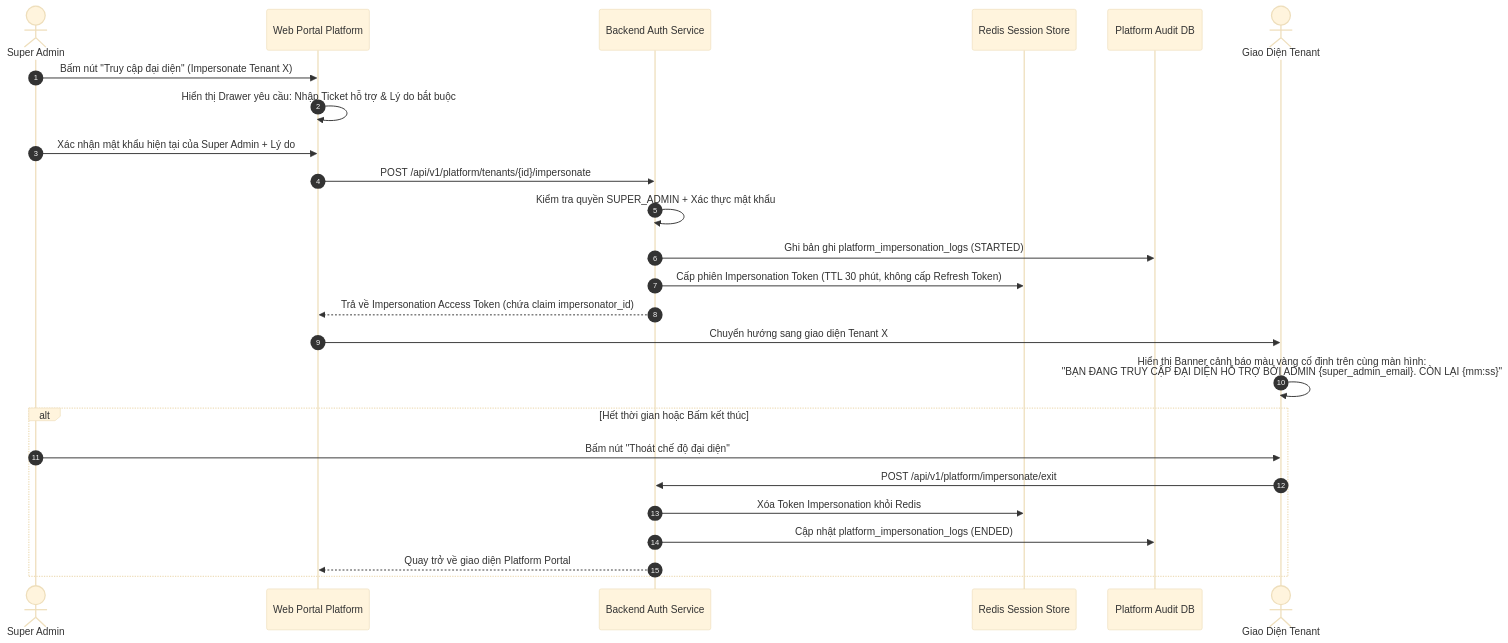
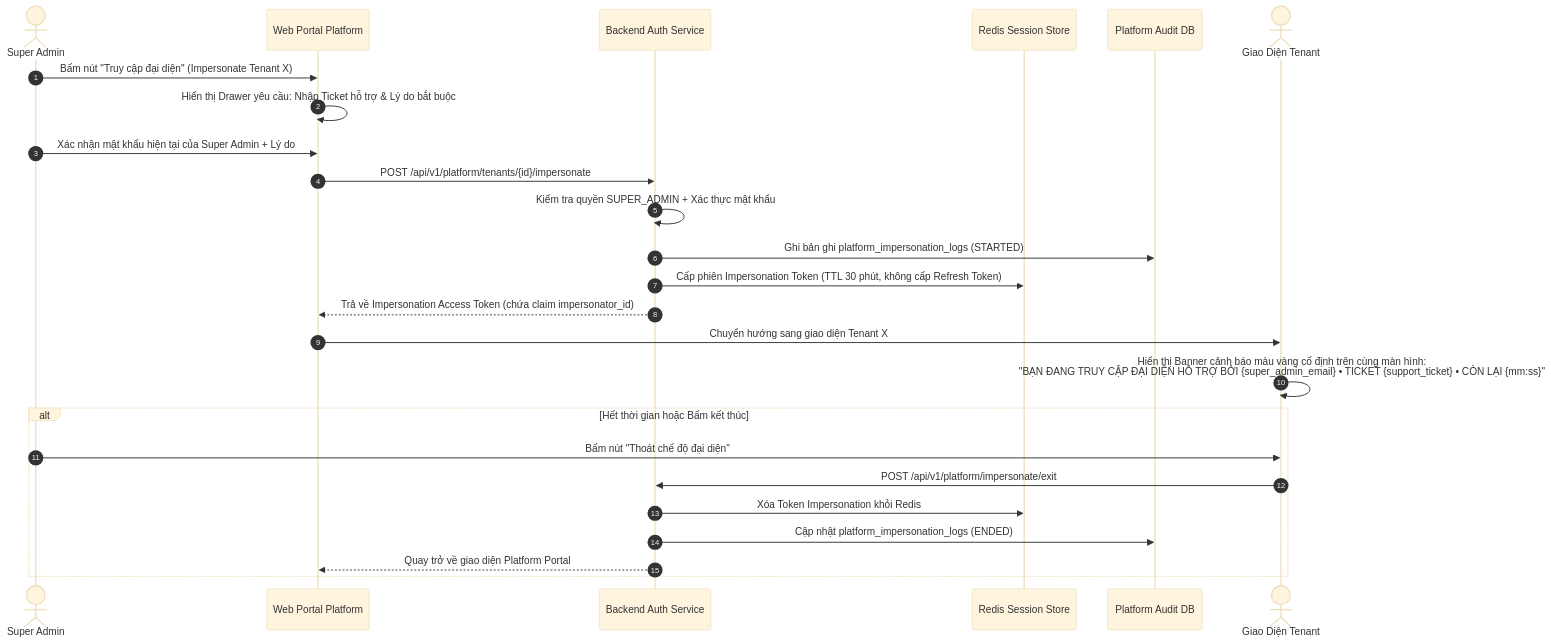
One commit to min3rd/open-erp changed the third of 3 diagrams in docs/sprints/sprint_02_superadmin_rbac/02_analysis/ANL-01_superadmin_platform_management.md. Above: the diagram before and after it, drawn with Mermaid (base theme). The commit also changed other lines of this file and 68 other files, not shown here.

````diff
--- a/docs/sprints/sprint_02_superadmin_rbac/02_analysis/ANL-01_superadmin_platform_management.md
+++ b/docs/sprints/sprint_02_superadmin_rbac/02_analysis/ANL-01_superadmin_platform_management.md
@@ -107,28 +109,28 @@
 ```mermaid
 sequenceDiagram
     autonumber
     actor SA as Super Admin
     participant FE as Web Portal Platform
     participant API as Backend Auth Service
     participant Redis as Redis Session Store
     participant Audit as Platform Audit DB
     actor TA as Giao Diện Tenant
 
     SA->>FE: Bấm nút "Truy cập đại diện" (Impersonate Tenant X)
     FE->>FE: Hiển thị Drawer yêu cầu: Nhập Ticket hỗ trợ & Lý do bắt buộc
     SA->>FE: Xác nhận mật khẩu hiện tại của Super Admin + Lý do
     FE->>API: POST /api/v1/platform/tenants/{id}/impersonate
     API->>API: Kiểm tra quyền SUPER_ADMIN + Xác thực mật khẩu
     API->>Audit: Ghi bản ghi platform_impersonation_logs (STARTED)
     API->>Redis: Cấp phiên Impersonation Token (TTL 30 phút, không cấp Refresh Token)
     API-->>FE: Trả về Impersonation Access Token (chứa claim impersonator_id)
     FE->>TA: Chuyển hướng sang giao diện Tenant X
-    TA->>TA: Hiển thị Banner cảnh báo màu vàng cố định trên cùng màn hình:<br>"BẠN ĐANG TRUY CẬP ĐẠI DIỆN HỖ TRỢ BỞI ADMIN {super_admin_email}. CÒN LẠI {mm:ss}"
+    TA->>TA: Hiển thị Banner cảnh báo màu vàng cố định trên cùng màn hình:<br>"BẠN ĐANG TRUY CẬP ĐẠI DIỆN HỖ TRỢ BỞI {super_admin_email} • TICKET {support_ticket} • CÒN LẠI {mm:ss}"
     alt Hết thời gian hoặc Bấm kết thúc
         SA->>TA: Bấm nút "Thoát chế độ đại diện"
         TA->>API: POST /api/v1/platform/impersonate/exit
         API->>Redis: Xóa Token Impersonation khỏi Redis
         API->>Audit: Cập nhật platform_impersonation_logs (ENDED)
         API-->>FE: Quay trở về giao diện Platform Portal
     end
 ```
````
